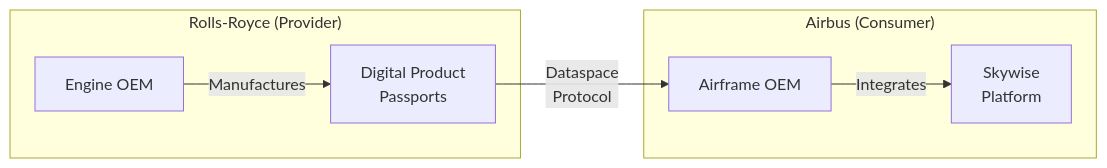
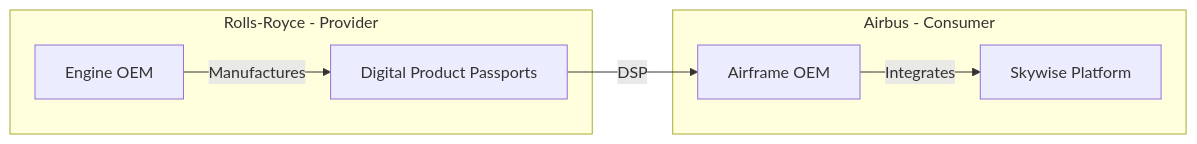
Before and after one commit to ma3u/MinimumViableDataspace: the first of 8 diagrams in AEROSPACE-DEMO-README.md, drawn with Mermaid. The commit also changed other lines of this file, not shown here.

Commit message:
fix: Remove all newline characters from Mermaid diagram labels

````diff
--- a/AEROSPACE-DEMO-README.md
+++ b/AEROSPACE-DEMO-README.md
@@ -70,16 +70,16 @@
 ```mermaid
 flowchart LR
-    subgraph Provider["Rolls-Royce (Provider)"]
+    subgraph Provider["Rolls-Royce - Provider"]
         RR["Engine OEM"]
-        DPP["Digital Product\nPassports"]
+        DPP["Digital Product Passports"]
     end
     
-    subgraph Consumer["Airbus (Consumer)"]
+    subgraph Consumer["Airbus - Consumer"]
         AB["Airframe OEM"]
-        SKY["Skywise\nPlatform"]
+        SKY["Skywise Platform"]
     end
     
     RR --> |"Manufactures"| DPP
-    DPP --> |"Dataspace\nProtocol"| AB
+    DPP --> |"DSP"| AB
     AB --> |"Integrates"| SKY
 ```
````
